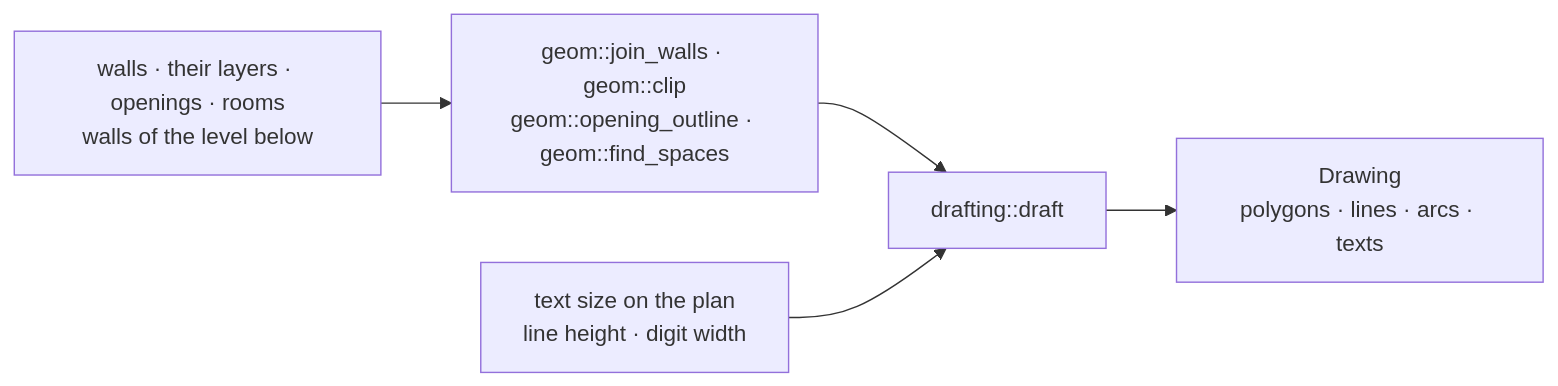
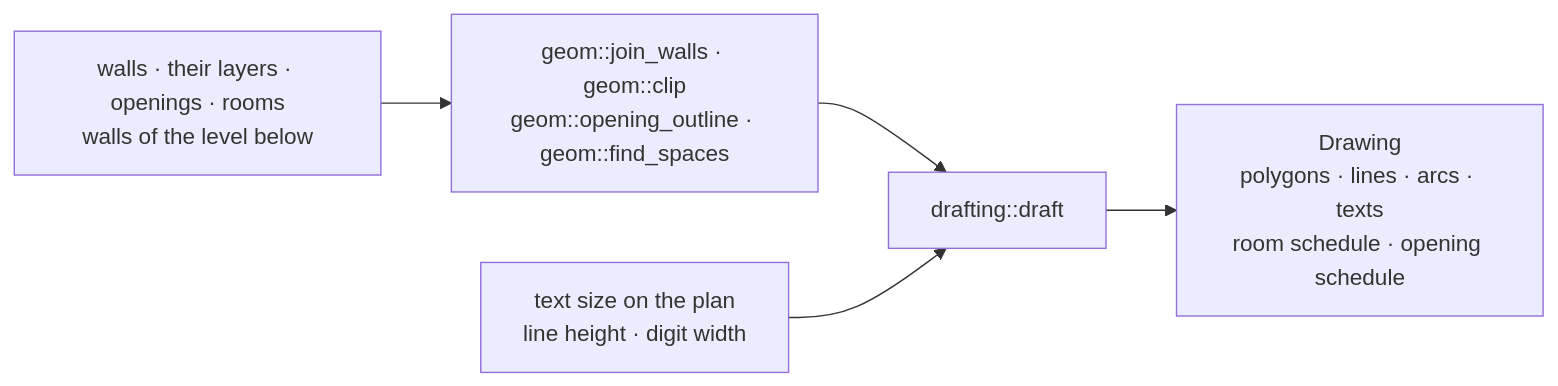
The diagram in engine/drafting/README.md (globallstudent/otves), drawn with Mermaid before and after one commit. The commit also changed other lines of this file and 19 other files, not shown here.

````diff
--- a/engine/drafting/README.md
+++ b/engine/drafting/README.md
@@ -5,7 +5,7 @@
 ```mermaid
 flowchart LR
   W["walls · their layers · openings · rooms<br/>walls of the level below"] --> J["geom::join_walls · geom::clip<br/>geom::opening_outline · geom::find_spaces"]
   J --> D["drafting::draft"]
   T["text size on the plan<br/>line height · digit width"] --> D
-  D --> L["Drawing<br/>polygons · lines · arcs · texts"]
+  D --> L["Drawing<br/>polygons · lines · arcs · texts<br/>room schedule · opening schedule"]
 ```
````
